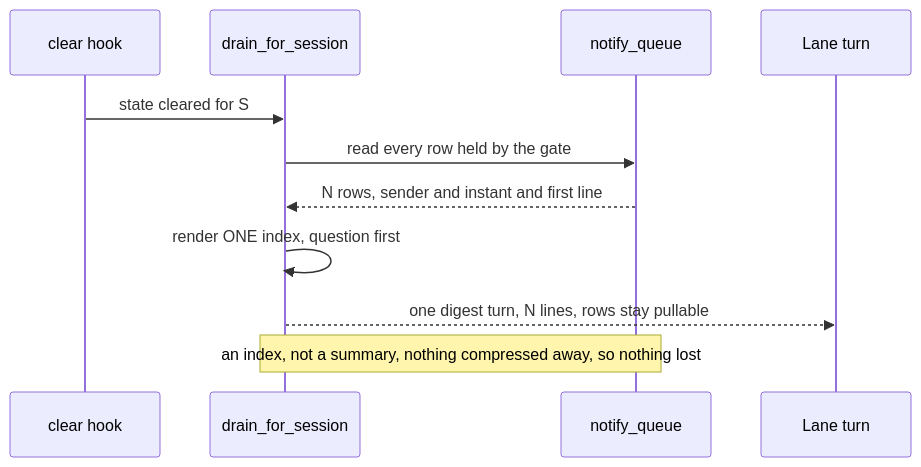
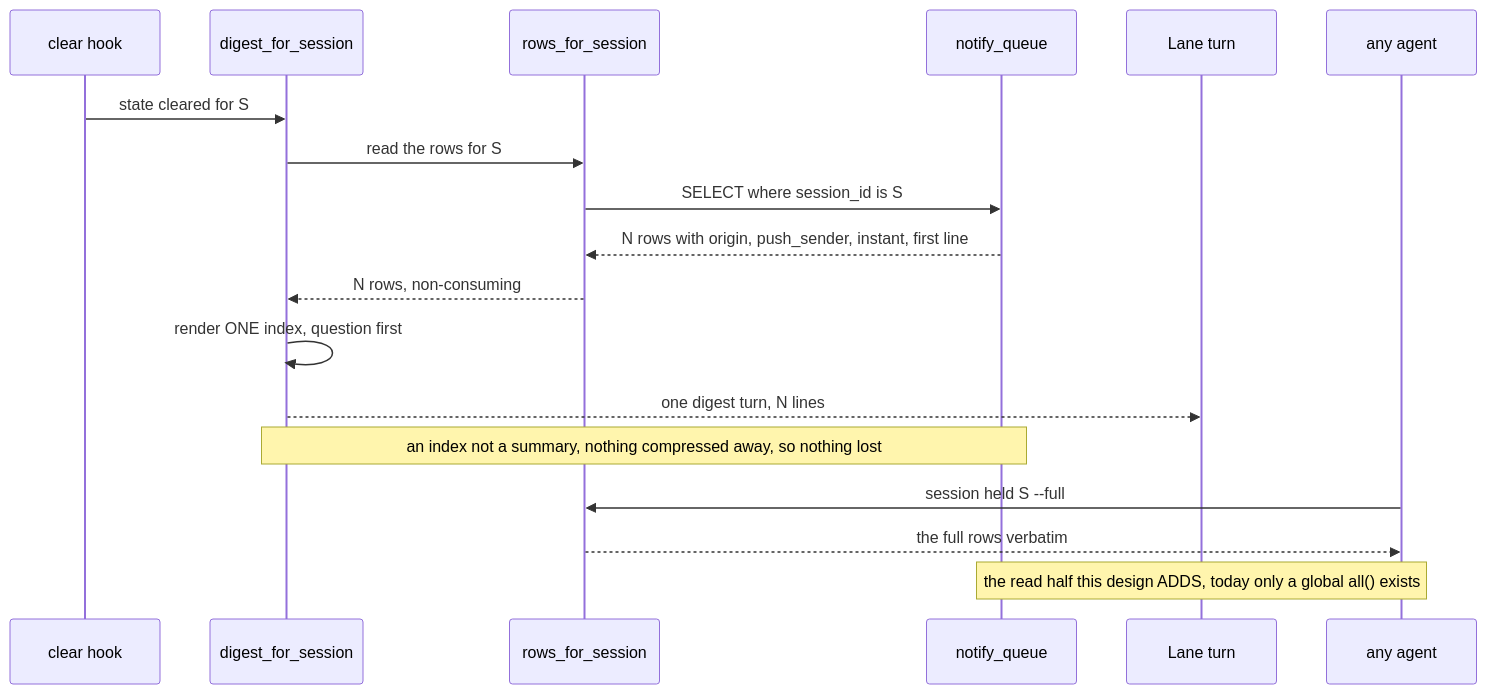
Before and after one commit to leshchenko1979/agent-factories: the ninth of 12 diagrams in docs/proposals/08-owner-gated-lane-intake.md, drawn with Mermaid. The commit also changed other lines of this file, not shown here.

First line of the commit message:
prop08: rev.12 — name the read path (rows_for_session + session held); correct the false "pullable" claim

````diff
--- a/docs/proposals/08-owner-gated-lane-intake.md
+++ b/docs/proposals/08-owner-gated-lane-intake.md
@@ -734,13 +777,20 @@
 ```mermaid
 sequenceDiagram
     participant C as clear hook
-    participant D as drain_for_session
+    participant D as digest_for_session
+    participant R as rows_for_session
     participant Q as notify_queue
     participant L as Lane turn
+    participant A as any agent
     C->>D: state cleared for S
-    D->>Q: read every row held by the gate
-    Q-->>D: N rows, sender and instant and first line
+    D->>R: read the rows for S
+    R->>Q: SELECT where session_id is S
+    Q-->>R: N rows with origin, push_sender, instant, first line
+    R-->>D: N rows, non-consuming
     D->>D: render ONE index, question first
-    D-->>L: one digest turn, N lines, rows stay pullable
-    Note over D,Q: an index, not a summary, nothing compressed away, so nothing lost
+    D-->>L: one digest turn, N lines
+    Note over D,Q: an index not a summary, nothing compressed away, so nothing lost
+    A->>R: session held S --full
+    R-->>A: the full rows verbatim
+    Note over A,Q: the read half this design ADDS, today only a global all() exists
 ```
````
